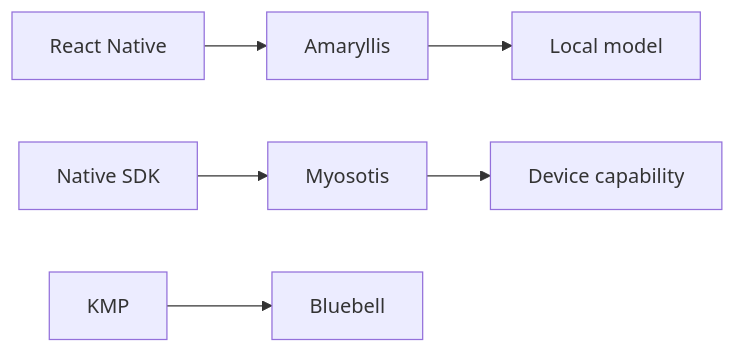
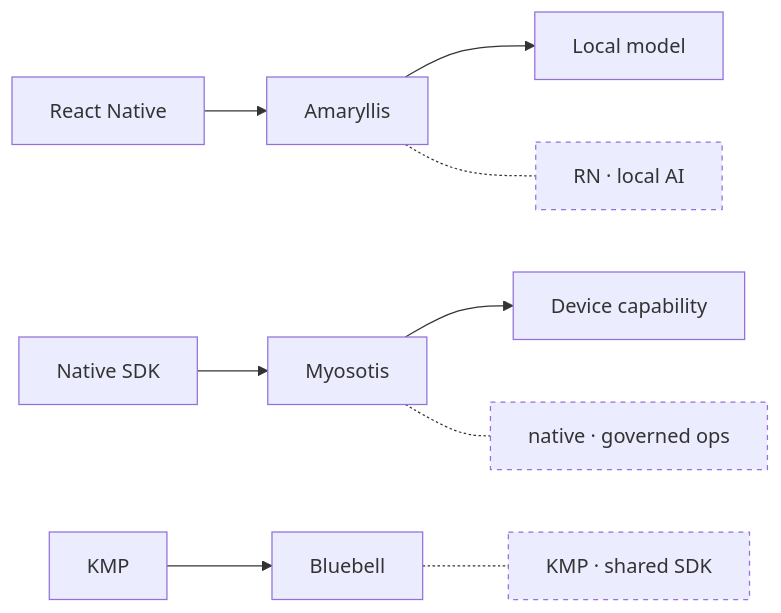
Before and after one commit to hackelia-micrantha/.github: the fourth of 9 diagrams in profile/README.md, drawn with Mermaid. The commit also changed other lines of this file, not shown here.

Commit message:
docs: add terse Mermaid note labels

````diff
--- a/profile/README.md
+++ b/profile/README.md
@@ -142,6 +151,11 @@
 ```mermaid
 flowchart LR
   RN["React Native"] --> AM["Amaryllis"] --> LM["Local model"]
   NA["Native SDK"] --> MY["Myosotis"] --> DEV["Device capability"]
   KM["KMP"] --> BL["Bluebell"]
+
+  AM -.- AMN["RN · local AI"]:::note
+  MY -.- MYN["native · governed ops"]:::note
+  BL -.- BLN["KMP · shared SDK"]:::note
+  classDef note stroke-dasharray: 4 4;
 ```
````
